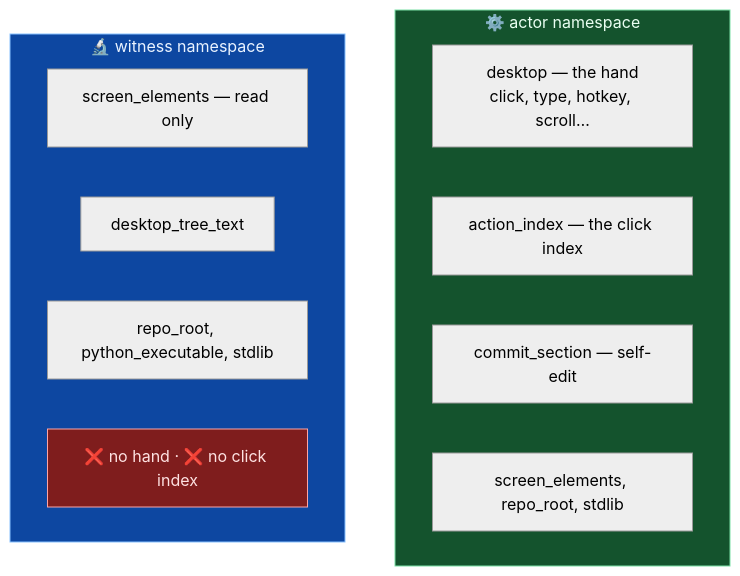
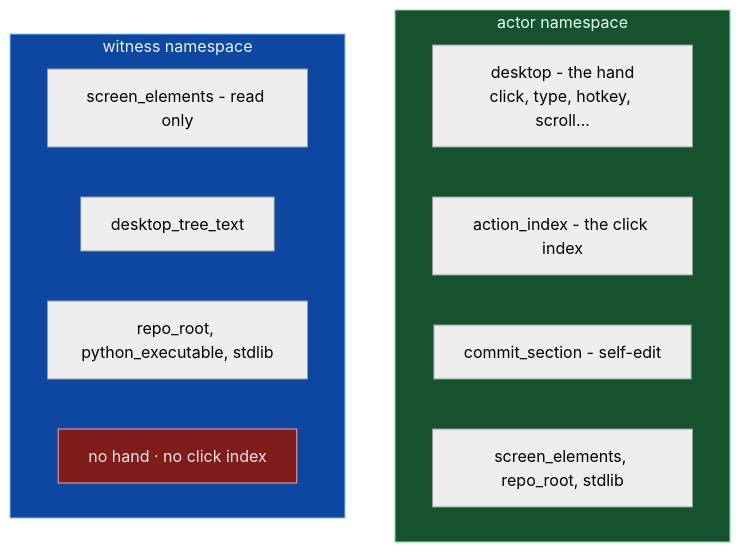
Before and after one commit to wgabrys88/endgame-ai: the sixth of 17 diagrams in README.md, drawn with Mermaid (neutral theme). The commit also changed other lines of this file, not shown here.

````diff
--- a/README.md
+++ b/README.md
@@ -238,18 +238,18 @@
 ```mermaid
 flowchart TB
-    subgraph ACTOR["⚙️ actor namespace"]
-        A1["desktop — the hand<br/>click, type, hotkey, scroll…"]
-        A2["action_index — the click index"]
-        A3["commit_section — self-edit"]
+    subgraph ACTOR["actor namespace"]
+        A1["desktop - the hand<br/>click, type, hotkey, scroll…"]
+        A2["action_index - the click index"]
+        A3["commit_section - self-edit"]
         A4["screen_elements, repo_root, stdlib"]
     end
-    subgraph WITNESS["🔬 witness namespace"]
-        W1["screen_elements — read only"]
+    subgraph WITNESS["witness namespace"]
+        W1["screen_elements - read only"]
         W2["desktop_tree_text"]
         W3["repo_root, python_executable, stdlib"]
-        W4["❌ no hand · ❌ no click index"]
+        W4["no hand · no click index"]
     end
     style ACTOR fill:#14532d,stroke:#7be0a6,color:#eafff2
     style WITNESS fill:#0d47a1,stroke:#87c1ff,color:#eaf3ff
     style W4 fill:#7f1d1d,stroke:#fca5a5,color:#fee2e2
 ```
````
